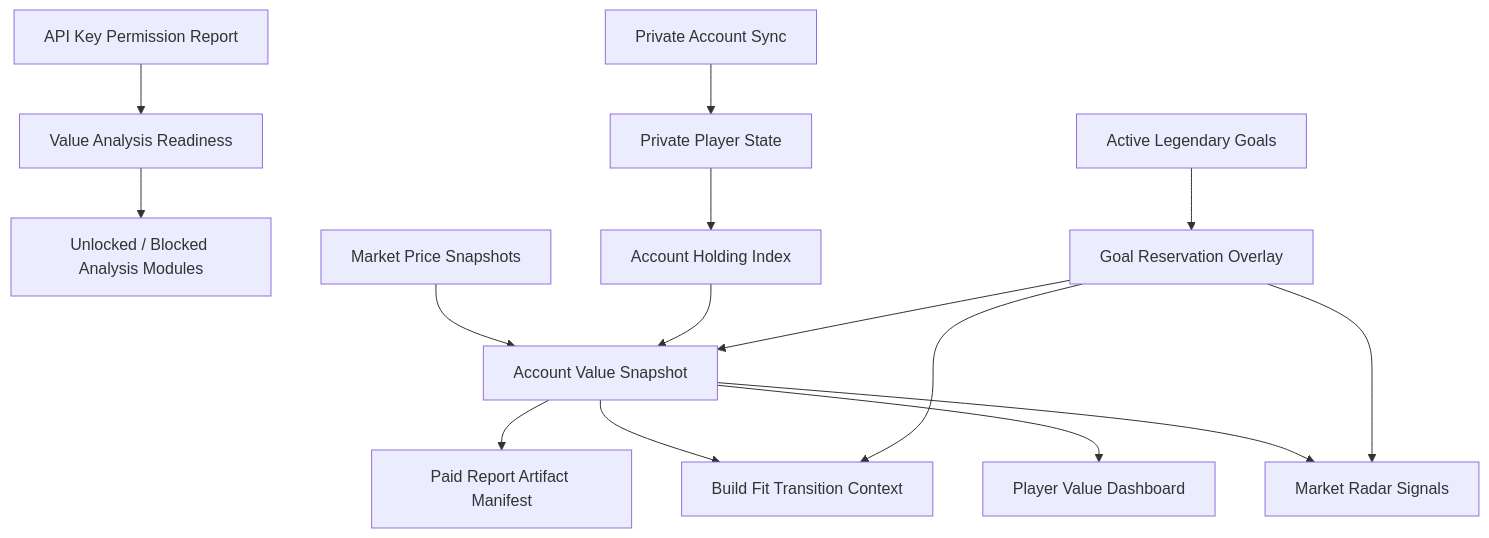
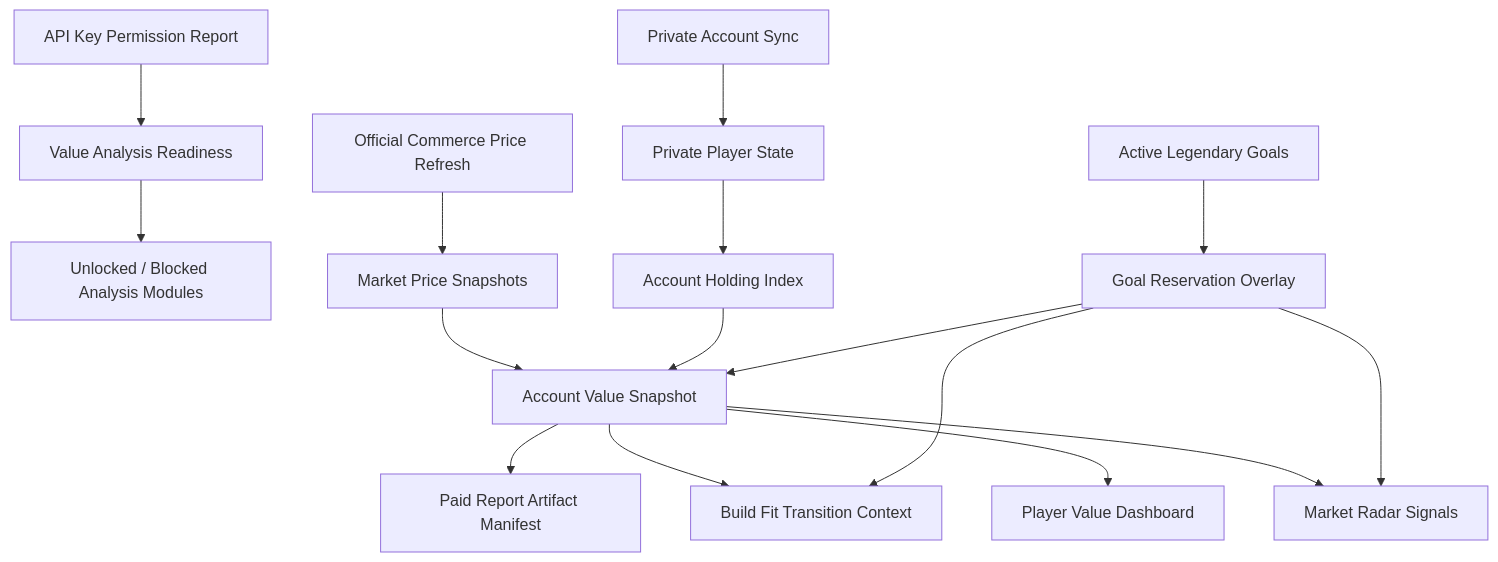
One commit to johnslee1207-commits/gw2radar changed the diagram in docs/analysis/ACCOUNT_VALUE_BUILD_MARKET_SEMANTIC_MATURITY_AUDIT.md. Above: the diagram before and after it, drawn with Mermaid. The commit also changed other lines of this file and 3 other files, not shown here.

Commit message:
Add official price refresh for account values

````diff
--- a/docs/analysis/ACCOUNT_VALUE_BUILD_MARKET_SEMANTIC_MATURITY_AUDIT.md
+++ b/docs/analysis/ACCOUNT_VALUE_BUILD_MARKET_SEMANTIC_MATURITY_AUDIT.md
@@ -15,17 +15,18 @@
 ```mermaid
 flowchart TD
   ApiKey["API Key Permission Report"] --> Readiness["Value Analysis Readiness"]
   Readiness --> Modules["Unlocked / Blocked Analysis Modules"]
   Sync["Private Account Sync"] --> PlayerState["Private Player State"]
   PlayerState --> HoldingIndex["Account Holding Index"]
   Prices["Market Price Snapshots"] --> ValueSnapshot["Account Value Snapshot"]
+  OfficialPrices["Official Commerce Price Refresh"] --> Prices
   HoldingIndex --> ValueSnapshot
   Goals["Active Legendary Goals"] --> Reservation["Goal Reservation Overlay"]
   Reservation --> ValueSnapshot
   ValueSnapshot --> Dashboard["Player Value Dashboard"]
   ValueSnapshot --> Market["Market Radar Signals"]
   ValueSnapshot --> BuildFit["Build Fit Transition Context"]
   ValueSnapshot --> Reports["Paid Report Artifact Manifest"]
   Reservation --> Market
   Reservation --> BuildFit
 ```
````
